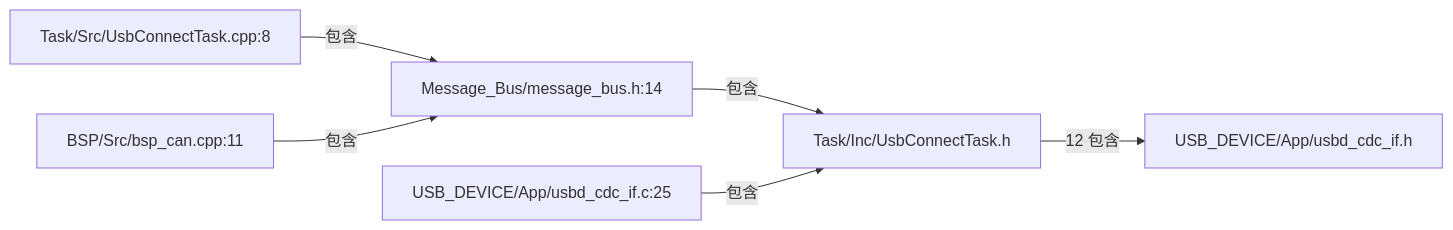
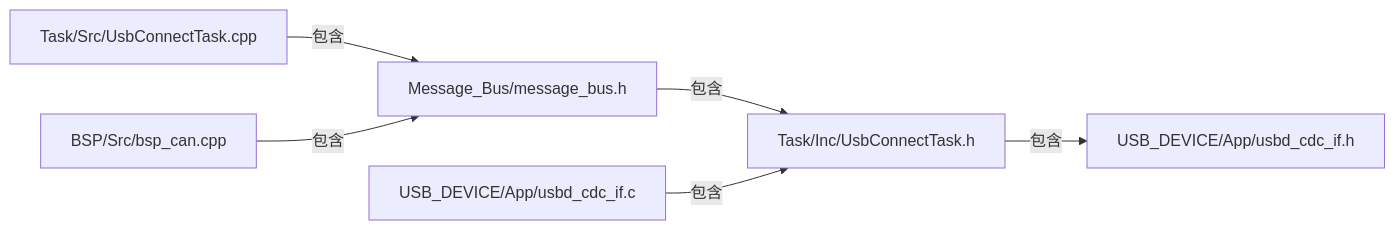
Before and after one commit to TC635807/TC63PersonalWebsite: the second of 3 diagrams in docs/09-嵌入式软件架构/01-分层架构/02-各层落到哪些文件.md, drawn with Mermaid. The commit also changed other lines of this file and 563 other files, not shown here.

````diff
--- a/docs/09-嵌入式软件架构/01-分层架构/02-各层落到哪些文件.md
+++ b/docs/09-嵌入式软件架构/01-分层架构/02-各层落到哪些文件.md
@@ -101,8 +125,8 @@
 ```mermaid
 flowchart LR
-  A["Message_Bus/message_bus.h:14"] -->|包含| B["Task/Inc/UsbConnectTask.h"]
-  B -->|12 包含| C["USB_DEVICE/App/usbd_cdc_if.h"]
-  D["Task/Src/UsbConnectTask.cpp:8"] -->|包含| A
-  E["BSP/Src/bsp_can.cpp:11"] -->|包含| A
-  F["USB_DEVICE/App/usbd_cdc_if.c:25"] -->|包含| B
+  A["Message_Bus/message_bus.h"] -->|包含| B["Task/Inc/UsbConnectTask.h"]
+  B -->|包含| C["USB_DEVICE/App/usbd_cdc_if.h"]
+  D["Task/Src/UsbConnectTask.cpp"] -->|包含| A
+  E["BSP/Src/bsp_can.cpp"] -->|包含| A
+  F["USB_DEVICE/App/usbd_cdc_if.c"] -->|包含| B
 ```
````
